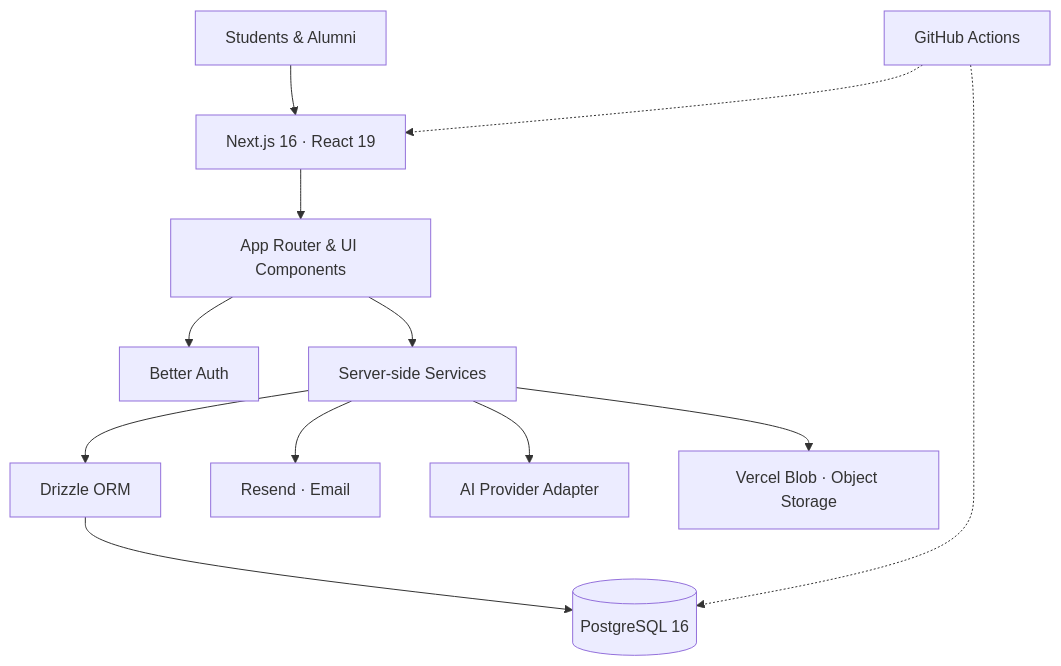
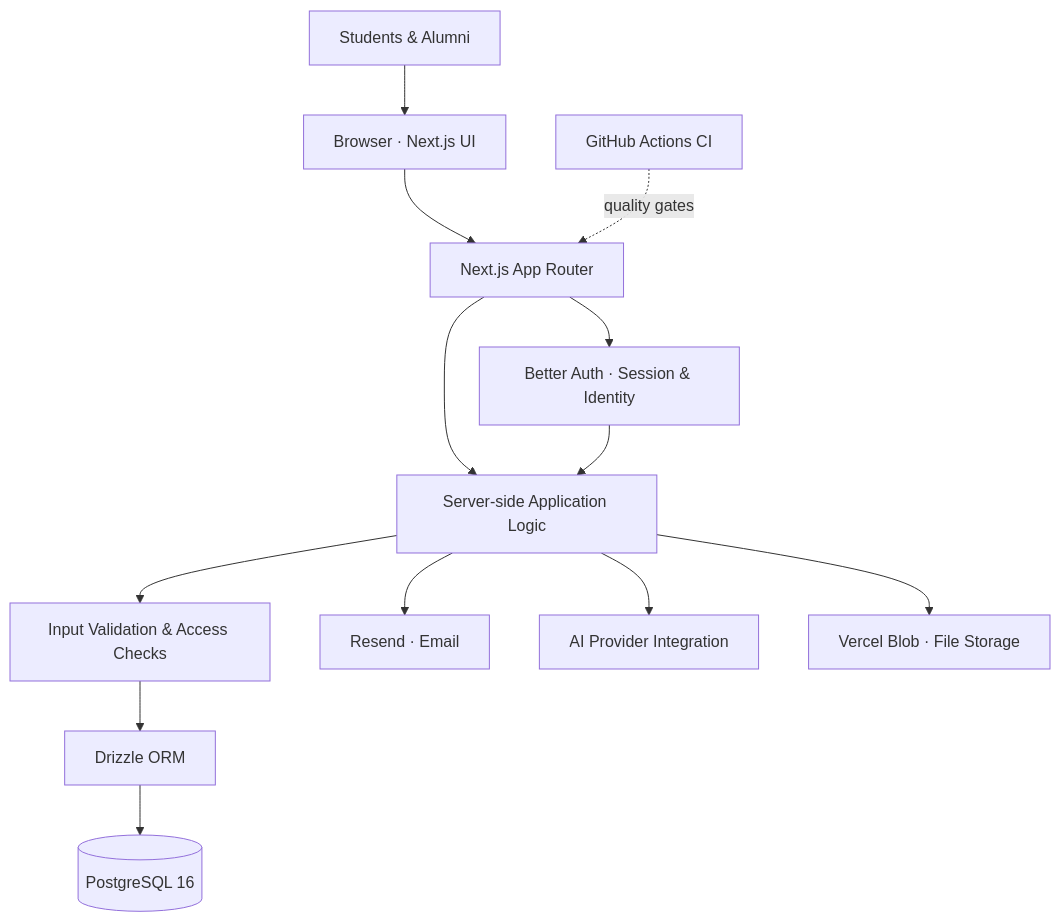
Before and after one commit to Jyatin/beyond-the-rumour-mill: the diagram in README.md, drawn with Mermaid. The commit also changed other lines of this file, not shown here.

````diff
--- a/README.md
+++ b/README.md
@@ -103,14 +105,15 @@
 ```mermaid
 flowchart TB
-    U["Students & Alumni"] --> WEB["Next.js 16 · React 19"]
-    WEB --> APP["App Router & UI Components"]
-    APP --> AUTH["Better Auth"]
-    APP --> SERVER["Server-side Services"]
-    SERVER --> ORM["Drizzle ORM"]
+    ACTOR["Students & Alumni"] --> CLIENT["Browser · Next.js UI"]
+    CLIENT --> ROUTER["Next.js App Router"]
+    ROUTER --> AUTH["Better Auth · Session & Identity"]
+    ROUTER --> SERVER["Server-side Application Logic"]
+    AUTH --> SERVER
+    SERVER --> VALIDATE["Input Validation & Access Checks"]
+    VALIDATE --> ORM["Drizzle ORM"]
     ORM --> DB[("PostgreSQL 16")]
     SERVER --> EMAIL["Resend · Email"]
-    SERVER --> AI["AI Provider Adapter"]
-    SERVER --> BLOB["Vercel Blob · Object Storage"]
-    CI["GitHub Actions"] -.-> WEB
-    CI -.-> DB
+    SERVER --> AI["AI Provider Integration"]
+    SERVER --> STORAGE["Vercel Blob · File Storage"]
+    CI["GitHub Actions CI"] -. "quality gates" .-> ROUTER
 ```
````
